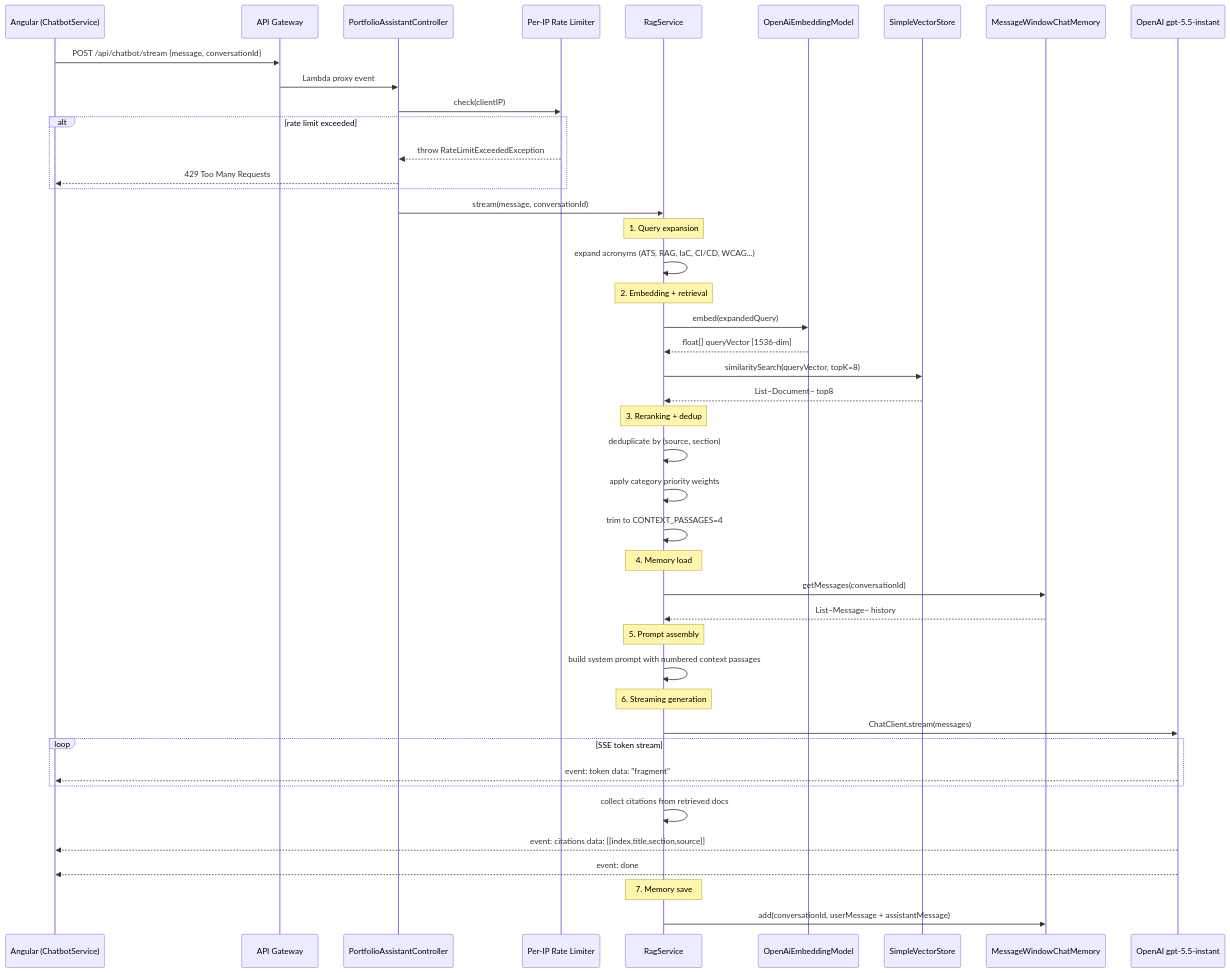
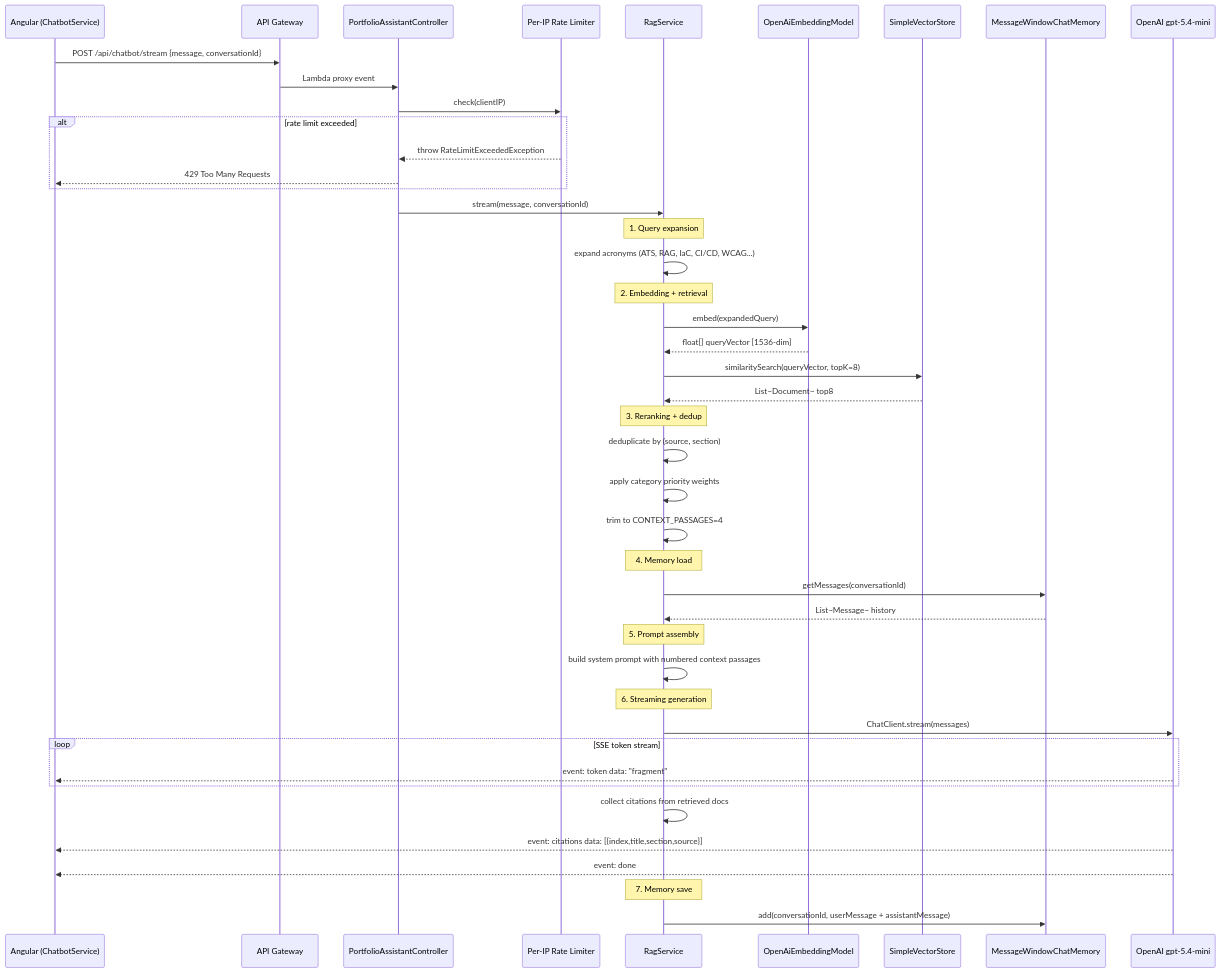
Diagram 11 of 11 in portfolio-chatbot-backend/target/classes/docs/UML_DIAGRAMS.md (clark22134/MyPortfolioWebsite), drawn with Mermaid before and after one commit. The commit also changed other lines of this file and 17 other files, not shown here.

````diff
--- a/portfolio-chatbot-backend/target/classes/docs/UML_DIAGRAMS.md
+++ b/portfolio-chatbot-backend/target/classes/docs/UML_DIAGRAMS.md
@@ -1082,58 +1082,58 @@
 ```mermaid
 sequenceDiagram
     participant Angular as Angular (ChatbotService)
     participant APIGW as API Gateway
     participant Ctrl as PortfolioAssistantController
     participant RateLim as Per-IP Rate Limiter
     participant Rag as RagService
     participant Embed as OpenAiEmbeddingModel
     participant VS as SimpleVectorStore
     participant Mem as MessageWindowChatMemory
-    participant OpenAI as OpenAI gpt-5.5-instant
+    participant OpenAI as OpenAI gpt-5.4-mini
 
     Angular->>APIGW: POST /api/chatbot/stream {message, conversationId}
     APIGW->>Ctrl: Lambda proxy event
 
     Ctrl->>RateLim: check(clientIP)
     alt rate limit exceeded
         RateLim-->>Ctrl: throw RateLimitExceededException
         Ctrl-->>Angular: 429 Too Many Requests
     end
 
     Ctrl->>Rag: stream(message, conversationId)
 
     Note over Rag: 1. Query expansion
     Rag->>Rag: expand acronyms (ATS, RAG, IaC, CI/CD, WCAG...)
 
     Note over Rag: 2. Embedding + retrieval
     Rag->>Embed: embed(expandedQuery)
     Embed-->>Rag: float[] queryVector [1536-dim]
     Rag->>VS: similaritySearch(queryVector, topK=8)
     VS-->>Rag: List~Document~ top8
 
     Note over Rag: 3. Reranking + dedup
     Rag->>Rag: deduplicate by (source, section)
     Rag->>Rag: apply category priority weights
     Rag->>Rag: trim to CONTEXT_PASSAGES=4
 
     Note over Rag: 4. Memory load
     Rag->>Mem: getMessages(conversationId)
     Mem-->>Rag: List~Message~ history
 
     Note over Rag: 5. Prompt assembly
     Rag->>Rag: build system prompt with numbered context passages
 
     Note over Rag: 6. Streaming generation
     Rag->>OpenAI: ChatClient.stream(messages)
 
     loop SSE token stream
         OpenAI-->>Angular: event: token  data: "fragment"
     end
 
     Rag->>Rag: collect citations from retrieved docs
     OpenAI-->>Angular: event: citations  data: [{index,title,section,source}]
     OpenAI-->>Angular: event: done
 
     Note over Rag: 7. Memory save
     Rag->>Mem: add(conversationId, userMessage + assistantMessage)
 ```
````
